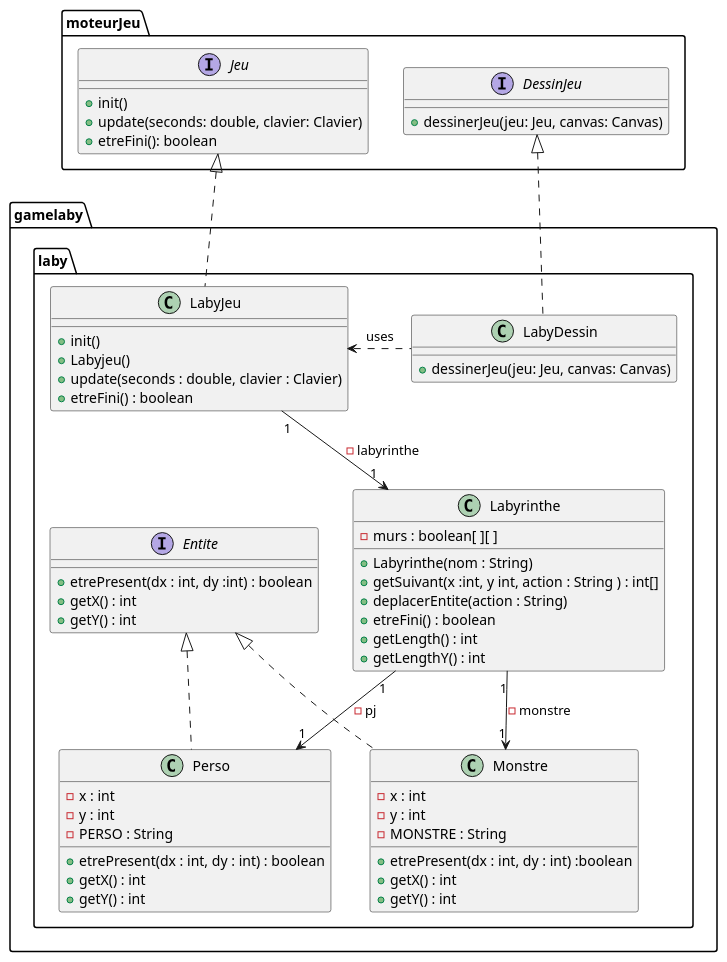
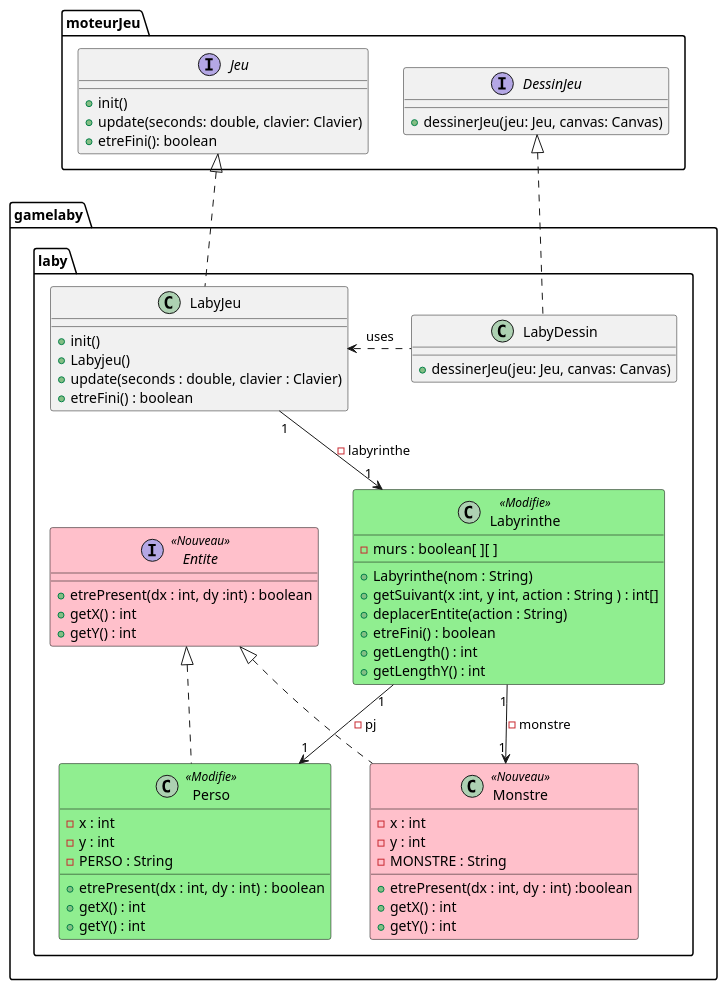
One commit to Jean-BaptisteEvan/2022_Zeldiablo_jeandidi3u_hary16u_jeanbap14u_dirand13u changed the diagram in zeldiablo/documents/version_2/DiagrameClassePremierIteration.puml. Above: the diagram before and after it, drawn with PlantUML. The commit also changed 2 other files, not shown here.

Commit message:
diagramme classe couleur

```diff
--- a/zeldiablo/documents/version_2/DiagrameClassePremierIteration.puml
+++ b/zeldiablo/documents/version_2/DiagrameClassePremierIteration.puml
@@ -2,74 +2,80 @@
 @startuml
+skinparam class{
+    backgroundColor<<Nouveau>> Pink
+    borderColor<<Nouveau>>  Black
+    backgroundColor<<Modifie>> LightGreen
+    borderColor<<Modifie>>  Black
+}
 package moteurJeu{
 interface Jeu{
 + init()
 + update(seconds: double, clavier: Clavier)
 + etreFini(): boolean
 }
 
 
 interface DessinJeu {
 + dessinerJeu(jeu: Jeu, canvas: Canvas)
 }
 }
 package gamelaby.laby{
     class LabyDessin{
         + dessinerJeu(jeu: Jeu, canvas: Canvas)
     }
 
 DessinJeu <|.. LabyDessin
     class LabyJeu{
         +init()
         +Labyjeu()
         +update(seconds : double, clavier : Clavier)
         +etreFini() : boolean
         }
 
 Jeu <|.. LabyJeu
 
-    class Labyrinthe{
+    class Labyrinthe <<Modifie>>{
         -murs : boolean[ ][ ]
         +Labyrinthe(nom : String)
         +getSuivant(x :int, y int, action : String ) : int[]
         +deplacerEntite(action : String)
         +etreFini() : boolean
         +getLength() : int
         +getLengthY() : int
 
     }
 LabyJeu "1" --> "1" Labyrinthe : -labyrinthe
-    interface Entite {
+    interface Entite <<Nouveau>>{
         +etrePresent(dx : int, dy :int) : boolean
         + getX() : int
         + getY() : int
 
 
     }
-    class Perso{
+    class Perso <<Modifie>>{
     -x : int
     -y : int
     - PERSO : String
     +etrePresent(dx : int, dy : int) : boolean
     +getX() : int
     +getY() : int
 
     }
-    class Monstre{
+    class Monstre<<Nouveau>>{
     -x : int
     -y : int
     -MONSTRE : String
     +etrePresent(dx : int, dy : int) :boolean
     +getX() : int
     +getY() : int
 
     }
  Entite <|.. Perso
  Entite <|.. Monstre
  Labyrinthe "1" --> "1" Perso : -pj
  Labyrinthe "1" --> "1" Monstre : -monstre
  LabyJeu <. LabyDessin:uses
     }
 
 
 
 @enduml
```
